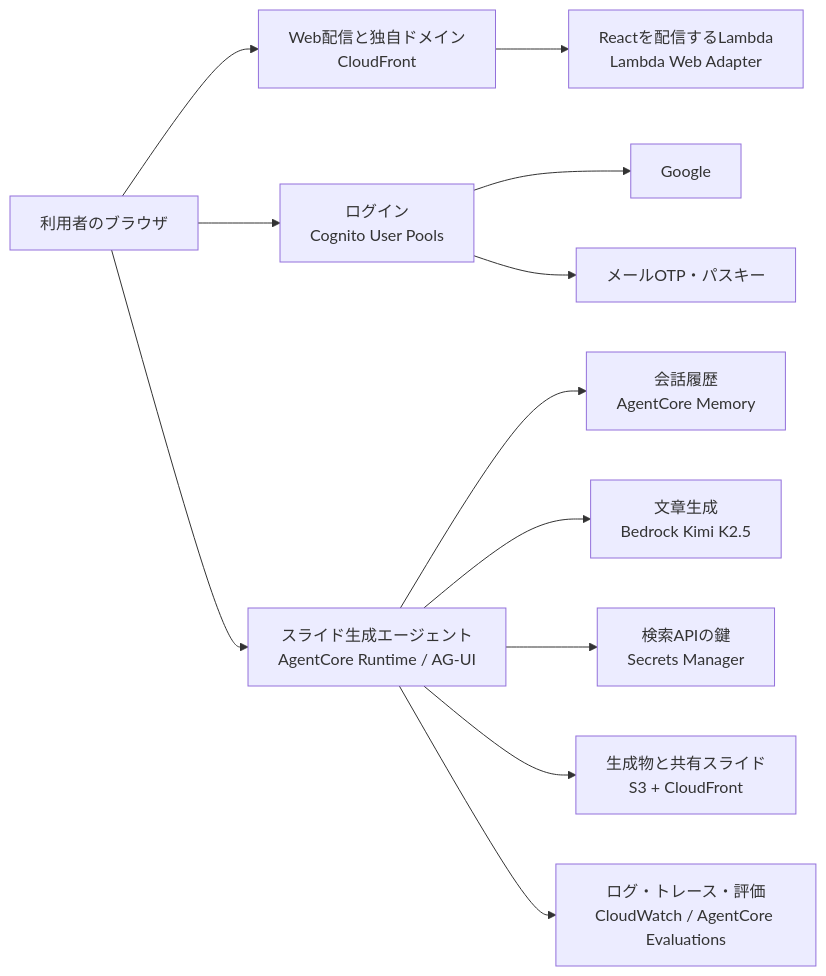
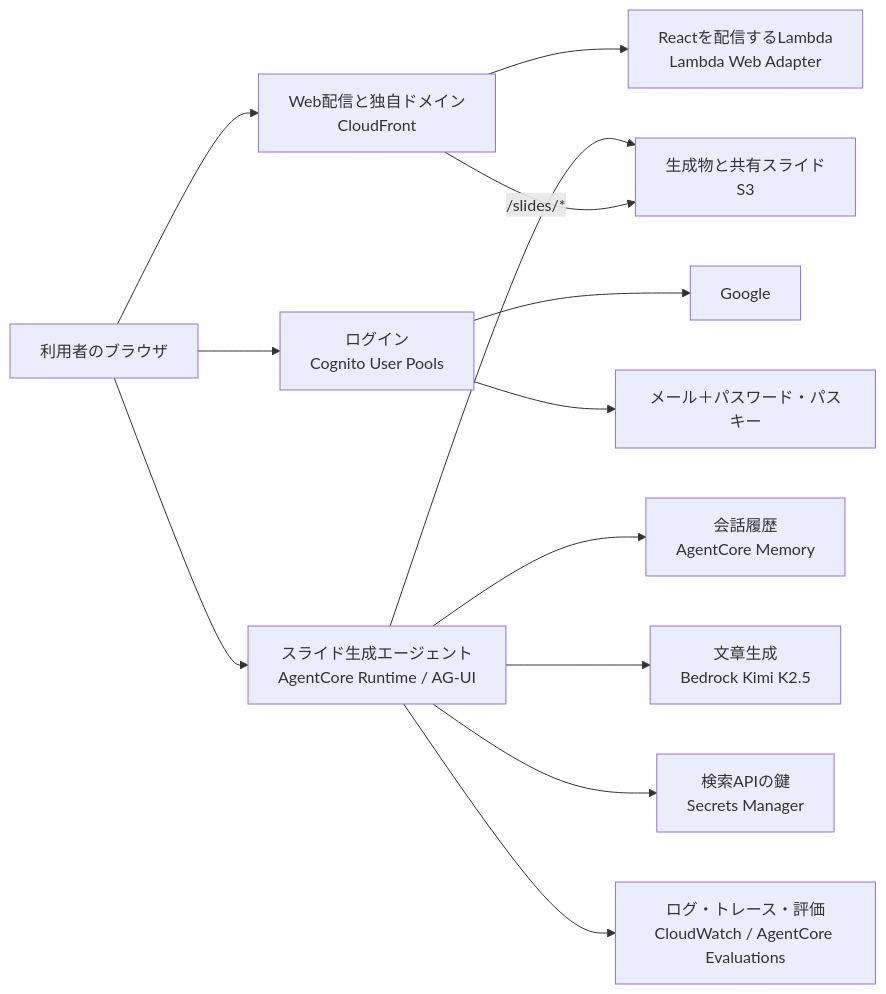
The diagram in docs/migration-architecture.md (minorun365/marp-agent), drawn with Mermaid before and after one commit. The commit also changed other lines of this file and 31 other files, not shown here.

````diff
--- a/docs/migration-architecture.md
+++ b/docs/migration-architecture.md
@@ -31,14 +31,15 @@
 ```mermaid
 flowchart LR
     U["利用者のブラウザ"] --> CF["Web配信と独自ドメイン<br>CloudFront"]
     CF --> WL["Reactを配信するLambda<br>Lambda Web Adapter"]
     U --> COG["ログイン<br>Cognito User Pools"]
     COG --> GOOGLE["Google"]
-    COG --> MAIL["メールOTP・パスキー"]
+    COG --> MAIL["メール＋パスワード・パスキー"]
     U --> AC["スライド生成エージェント<br>AgentCore Runtime / AG-UI"]
     AC --> MEM["会話履歴<br>AgentCore Memory"]
     AC --> BR["文章生成<br>Bedrock Kimi K2.5"]
     AC --> SEC["検索APIの鍵<br>Secrets Manager"]
-    AC --> ART["生成物と共有スライド<br>S3 + CloudFront"]
+    AC --> ART["生成物と共有スライド<br>S3"]
+    CF -->|"/slides/*"| ART
     AC --> OBS["ログ・トレース・評価<br>CloudWatch / AgentCore Evaluations"]
 ```
````
